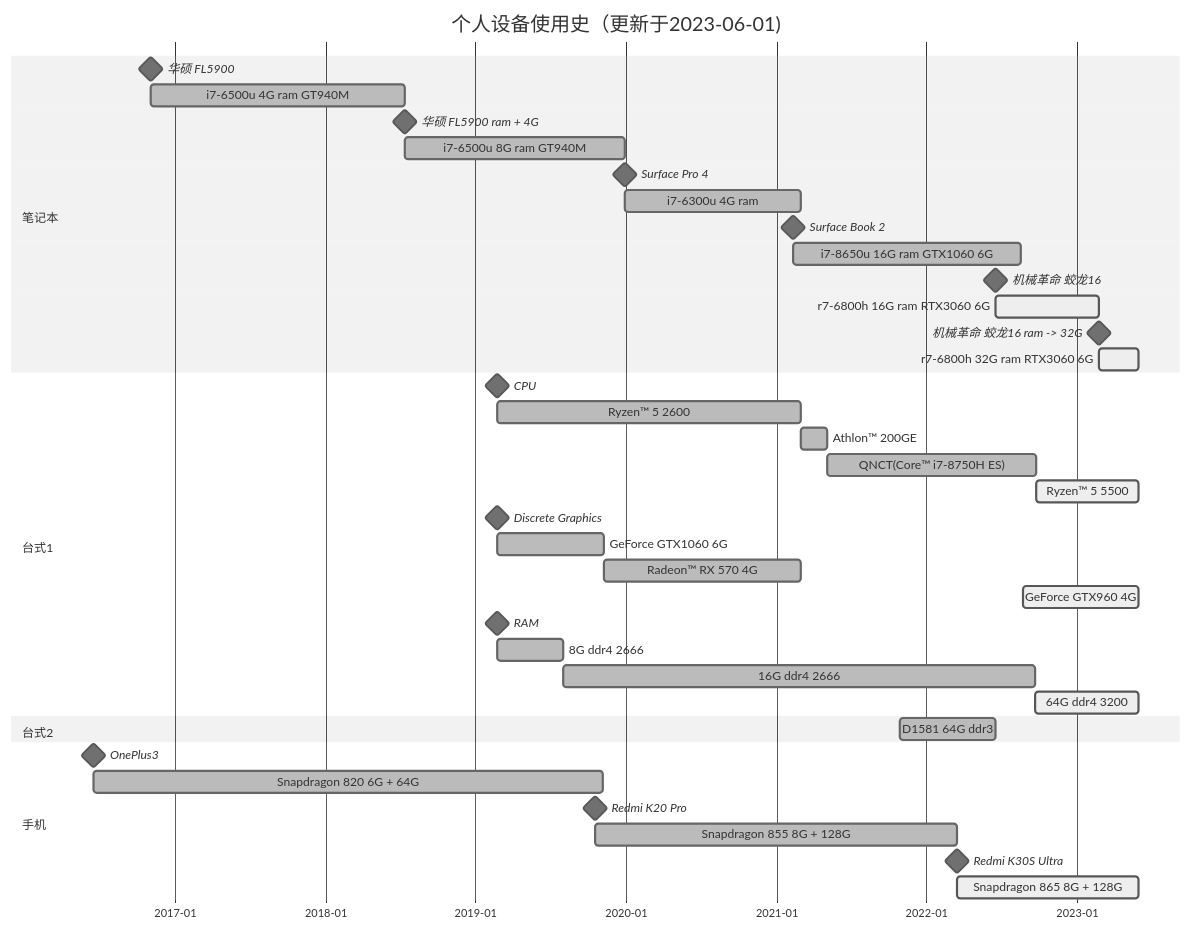
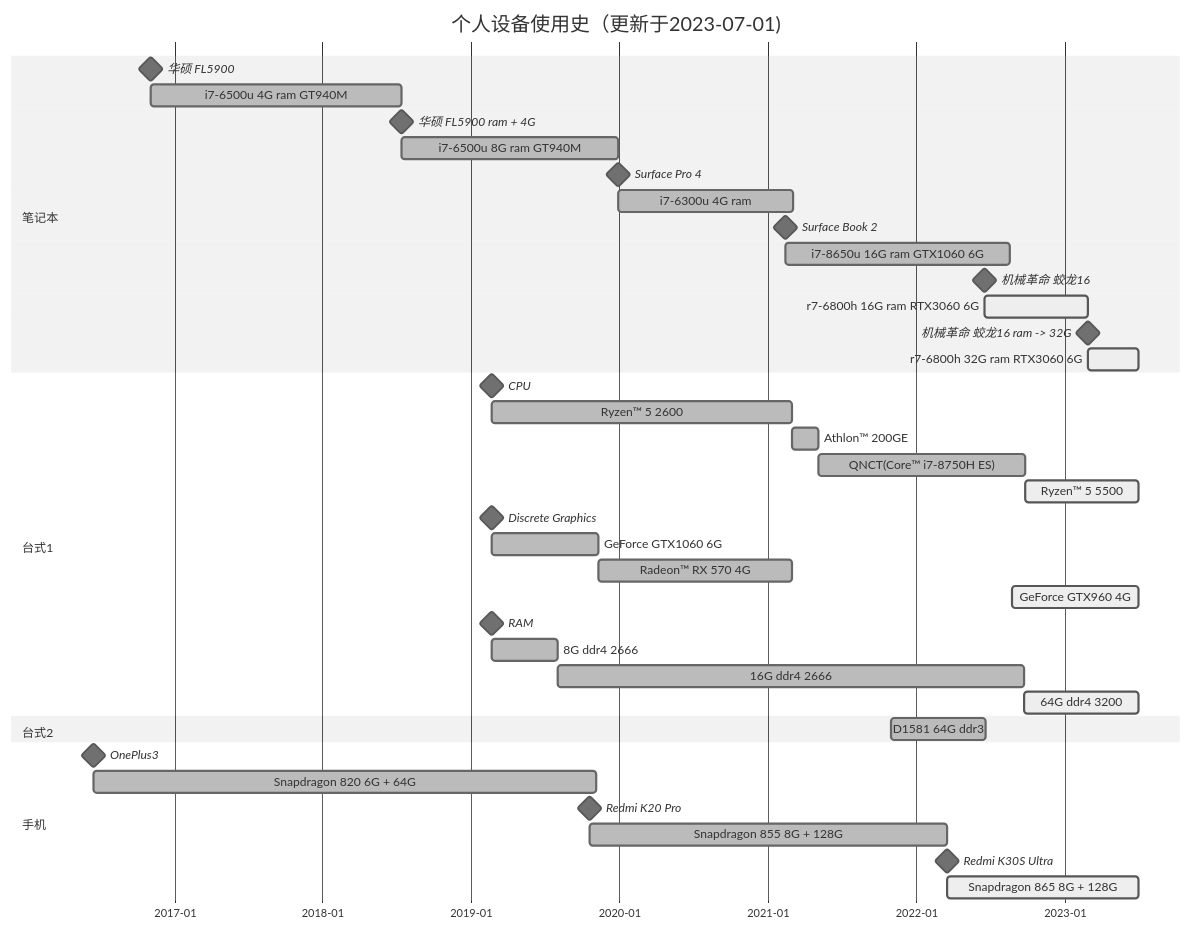
Before and after one commit to xuanyabulema/xuanyabulema.github.io: the diagram in source/microchip/index.md, drawn with Mermaid (neutral theme). The commit also changed 34 other files, not shown here.

````diff
--- a/source/microchip/index.md
+++ b/source/microchip/index.md
@@ -13,51 +13,51 @@
 ```mermaid
 gantt
-    title 个人设备使用史（更新于2023-06-01)
+    title 个人设备使用史（更新于2023-07-01)
     dateFormat  YYYY-MM-DD
     axisFormat  %Y-%m
     
     section 笔记本
     华硕 FL5900                                 :milestone, 2016-11-03, 0d
     i7-6500u  4G ram GT940M                     :done, 2016-11-03, 2018-07-13
     华硕 FL5900  ram + 4G                        :milestone, 2018-07-13, 0d
     i7-6500u  8G ram GT940M                     :done, 2018-07-13, 2019-12-29
     Surface Pro 4                               :milestone, 2019-12-29, 0d
     i7-6300u  4G ram                            :done, 2019-12-29, 2021-03-03
     Surface Book 2                              :milestone, 2021-02-12, 0d
     i7-8650u  16G ram  GTX1060 6G               :done, 2021-02-12, 2022-08-18
     机械革命 蛟龙16                               :milestone, 2022-06-17, 0d
     r7-6800h  16G ram    RTX3060 6G             :active, 2022-06-17, 2023-02-26
     机械革命 蛟龙16  ram -> 32G                   :milestone, 2023-02-26, 0d
-    r7-6800h  32G ram    RTX3060 6G             :active, 2023-02-26, 2023-06-01
+    r7-6800h  32G ram    RTX3060 6G             :active, 2023-02-26, 2023-07-01
     
     
     section 台式1
     CPU                                         :milestone, 2019-02-22, 0d
     Ryzen™ 5 2600                               :done, 2019-02-22, 2021-03-01
     Athlon™ 200GE                               :done, 2021-03-01, 2021-05-04
     QNCT(Core™ i7-8750H ES)                     :done, 2021-05-04, 2022-09-26
-    Ryzen™ 5 5500                               :active, 2022-09-26, 2023-06-01
+    Ryzen™ 5 5500                               :active, 2022-09-26, 2023-07-01
     
     Discrete Graphics                           :milestone, 2019-02-22, 0d
     GeForce GTX1060 6G                          :done, 2019-02-22, 2019-11-10
     Radeon™ RX 570 4G                           :done, 2019-11-10, 2021-03-01
-    GeForce GTX960 4G                           :active, 2022-08-25, 2023-06-01
+    GeForce GTX960 4G                           :active, 2022-08-25, 2023-07-01
     
     RAM                                         :milestone, 2019-02-22, 0d
     8G ddr4 2666                                :done, 2019-02-22, 2019-08-02
     16G ddr4 2666                               :done, 2019-08-02, 2022-09-22
-    64G ddr4 3200                               :active, 2022-09-22, 2023-06-01
+    64G ddr4 3200                               :active, 2022-09-22, 2023-07-01
     
     
     section 台式2
     D1581 64G ddr3                              :done, 2021-10-29,2022-06-19
     
     
     section 手机
     OnePlus3                                    :milestone, 2016-06-16, 0d
     Snapdragon 820 6G + 64G                     :done, 2016-06-16, 2019-11-06
     Redmi K20 Pro                               :milestone, 2019-10-19, 0d
     Snapdragon 855  8G + 128G                   :done, 2019-10-19, 2022-03-18
     Redmi K30S Ultra                            :milestone, 2022-03-18, 0d
-    Snapdragon 865  8G + 128G                   :active, 2022-03-18, 2023-06-01
+    Snapdragon 865  8G + 128G                   :active, 2022-03-18, 2023-07-01
 ```
````
